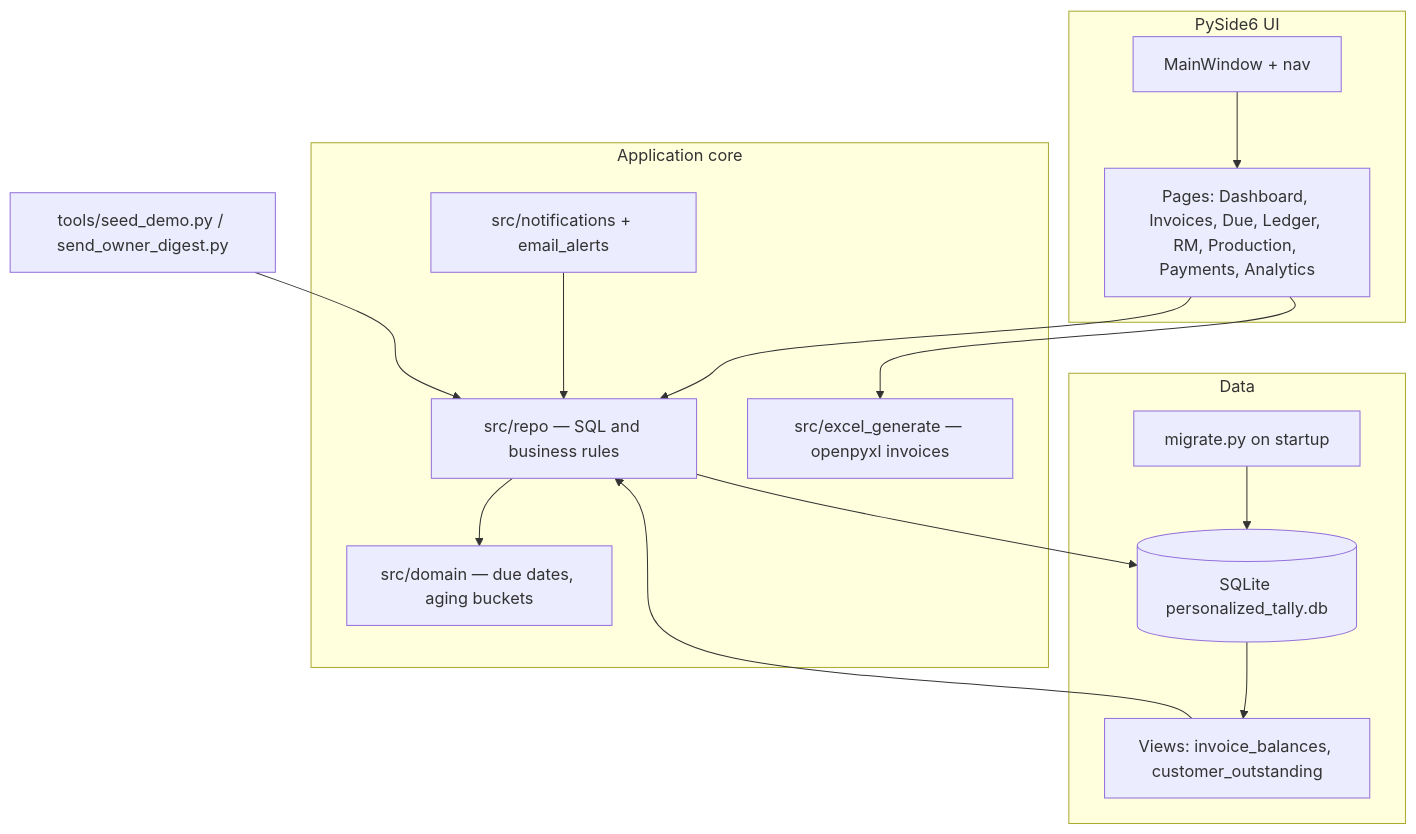
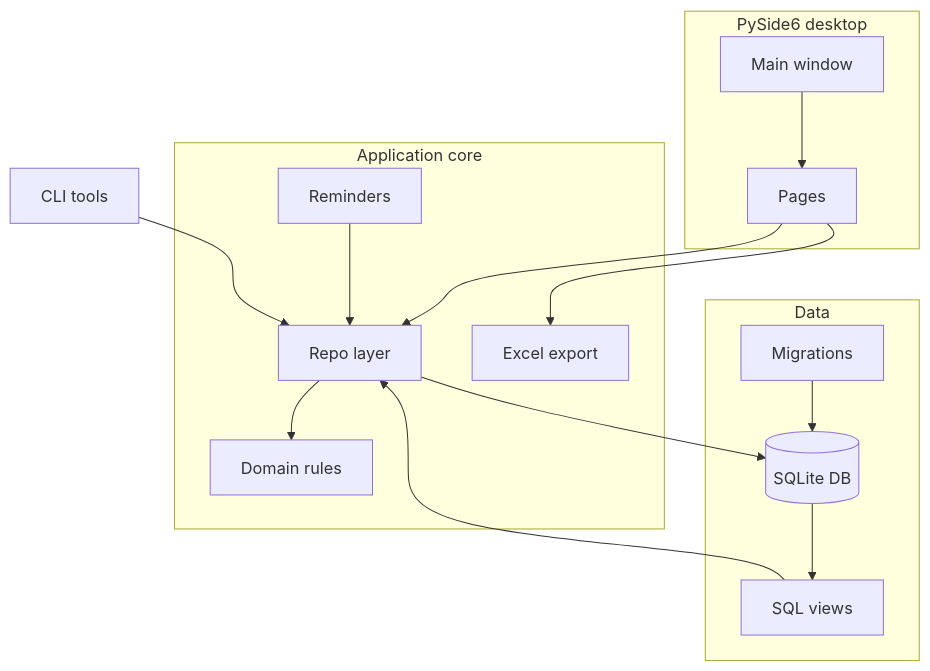
The diagram in README.md (salonic06/PersonalizedTally), drawn with Mermaid before and after one commit. The commit also changed other lines of this file, not shown here.

Commit message:
Fix README architecture diagram labels for GitHub rendering

````diff
--- a/README.md
+++ b/README.md
@@ -13,31 +13,31 @@
 ```mermaid
 flowchart TB
-  subgraph ui [PySide6 UI]
-    MW[MainWindow + nav]
-    Pages[Pages: Dashboard, Invoices, Due, Ledger, RM, Production, Payments, Analytics]
-    MW --> Pages
+  subgraph ui [PySide6 desktop]
+    MW[Main window]
+    PG[Pages]
+    MW --> PG
   end
 
   subgraph core [Application core]
-    Repo[src/repo — SQL and business rules]
-    Domain[src/domain — due dates, aging buckets]
-    Notif[src/notifications + email_alerts]
-    Excel[src/excel_generate — openpyxl invoices]
+    Repo[Repo layer]
+    Domain[Domain rules]
+    Notif[Reminders]
+    Excel[Excel export]
   end
 
   subgraph data [Data]
-    DB[(SQLite personalized_tally.db)]
-    Views[Views: invoice_balances, customer_outstanding]
-    Migrations[migrate.py on startup]
+    DB[(SQLite DB)]
+    Views[SQL views]
+    Mig[Migrations]
   end
 
-  Pages --> Repo
+  PG --> Repo
   Repo --> Domain
   Repo --> DB
-  Migrations --> DB
+  Mig --> DB
   DB --> Views
   Views --> Repo
-  Pages --> Excel
+  PG --> Excel
   Notif --> Repo
-  Tools[tools/seed_demo.py / send_owner_digest.py] --> Repo
+  Tools[CLI tools] --> Repo
 ```
````
